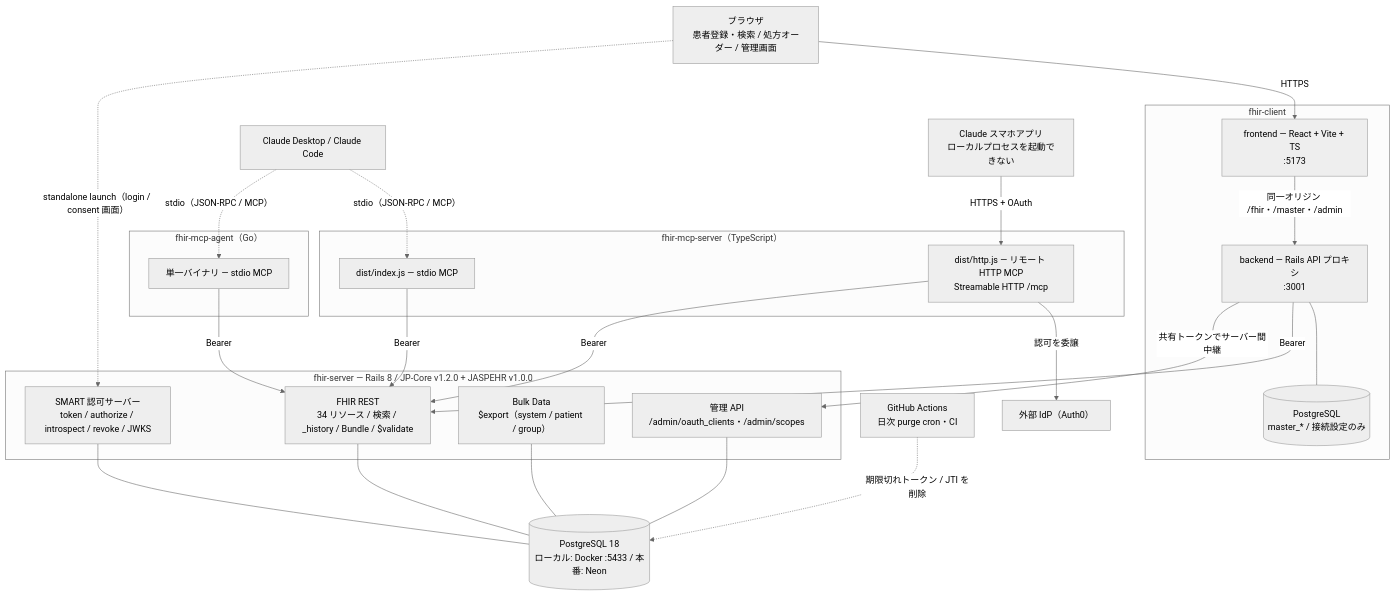
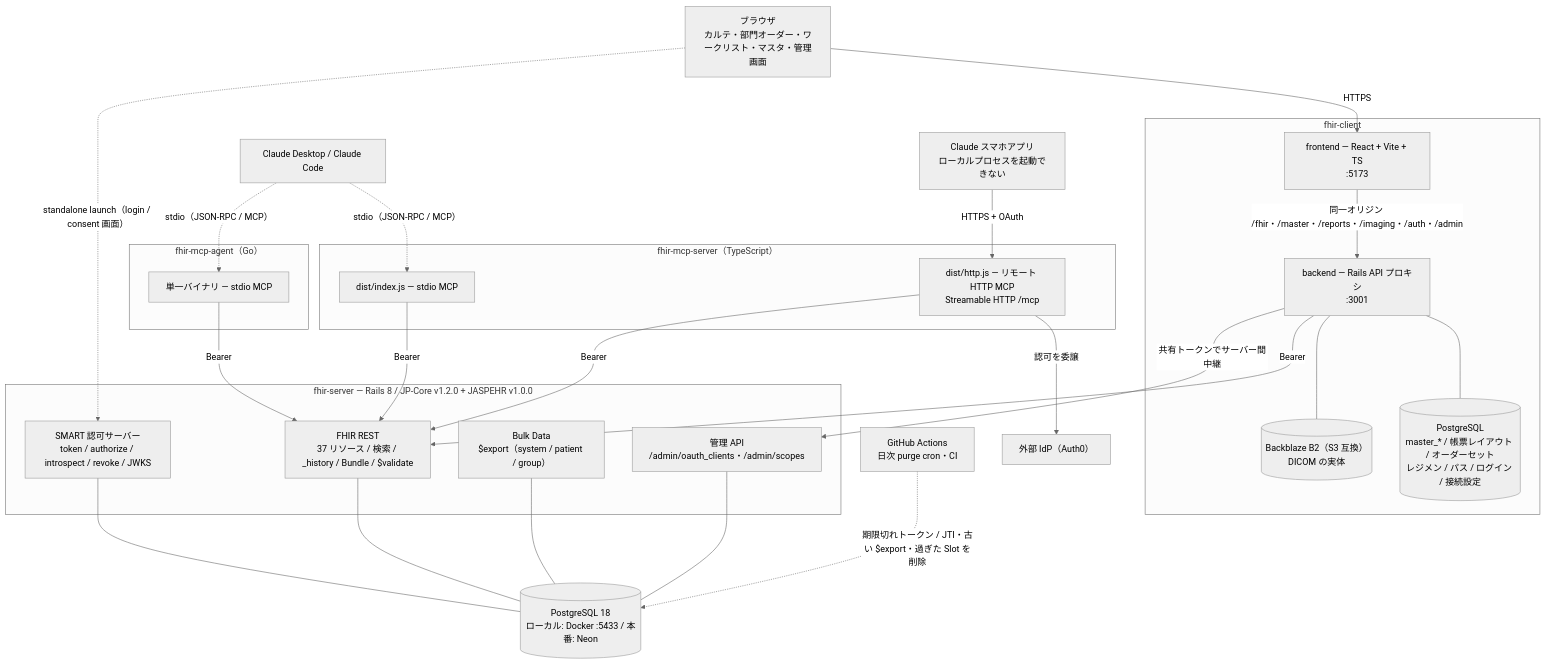
Before and after one commit to ysnr-dev/fhir-server: the first of 3 diagrams in docs/ARCHITECTURE.md, drawn with Mermaid (neutral theme). The commit also changed other lines of this file and 1 other file, not shown here.

````diff
--- a/docs/ARCHITECTURE.md
+++ b/docs/ARCHITECTURE.md
@@ -21,54 +24,56 @@
 ```mermaid
 flowchart TB
-    Browser["ブラウザ<br/>患者登録・検索 / 処方オーダー / 管理画面"]
+    Browser["ブラウザ<br/>カルテ・部門オーダー・ワークリスト・マスタ・管理画面"]
     ClaudeLocal["Claude Desktop / Claude Code"]
     ClaudeMobile["Claude スマホアプリ<br/>ローカルプロセスを起動できない"]
 
     subgraph clientRepo["fhir-client"]
         FE["frontend — React + Vite + TS<br/>:5173"]
         BE["backend — Rails API プロキシ<br/>:3001"]
-        BEDB[("PostgreSQL<br/>master_* / 接続設定のみ")]
+        BEDB[("PostgreSQL<br/>master_* / 帳票レイアウト / オーダーセット<br/>レジメン / パス / ログイン / 接続設定")]
+        B2[("Backblaze B2（S3 互換）<br/>DICOM の実体")]
     end
 
     subgraph mcpTs["fhir-mcp-server（TypeScript）"]
         MCPSTDIO["dist/index.js — stdio MCP"]
         MCPHTTP["dist/http.js — リモート HTTP MCP<br/>Streamable HTTP /mcp"]
     end
 
     subgraph mcpGo["fhir-mcp-agent（Go）"]
         AGENT["単一バイナリ — stdio MCP"]
     end
 
     IDP["外部 IdP（Auth0）"]
 
     subgraph serverRepo["fhir-server — Rails 8 / JP-Core v1.2.0 + JASPEHR v1.0.0"]
-        REST["FHIR REST<br/>34 リソース / 検索 / _history / Bundle / $validate"]
+        REST["FHIR REST<br/>37 リソース / 検索 / _history / Bundle / $validate"]
         AUTH["SMART 認可サーバー<br/>token / authorize / introspect / revoke / JWKS"]
         BULK["Bulk Data<br/>$export（system / patient / group）"]
         ADMINAPI["管理 API<br/>/admin/oauth_clients・/admin/scopes"]
     end
 
     DB[("PostgreSQL 18<br/>ローカル: Docker :5433 / 本番: Neon")]
     GHA["GitHub Actions<br/>日次 purge cron・CI"]
 
     Browser -->|HTTPS| FE
-    FE -->|"同一オリジン /fhir・/master・/admin"| BE
+    FE -->|"同一オリジン /fhir・/master・/reports・/imaging・/auth・/admin"| BE
     BE --- BEDB
+    BE --- B2
     ClaudeLocal -.->|"stdio（JSON-RPC / MCP）"| MCPSTDIO
     ClaudeLocal -.->|"stdio（JSON-RPC / MCP）"| AGENT
     ClaudeMobile -->|"HTTPS + OAuth"| MCPHTTP
     MCPHTTP -->|"認可を委譲"| IDP
 
     BE -->|"Bearer"| REST
     MCPSTDIO -->|"Bearer"| REST
     AGENT -->|"Bearer"| REST
     MCPHTTP -->|"Bearer"| REST
     BE -->|"共有トークンでサーバー間中継"| ADMINAPI
     Browser -.->|"standalone launch（login / consent 画面）"| AUTH
 
     REST --- DB
     AUTH --- DB
     BULK --- DB
     ADMINAPI --- DB
-    GHA -.->|"期限切れトークン / JTI を削除"| DB
+    GHA -.->|"期限切れトークン / JTI・古い $export・過ぎた Slot を削除"| DB
 ```
````
